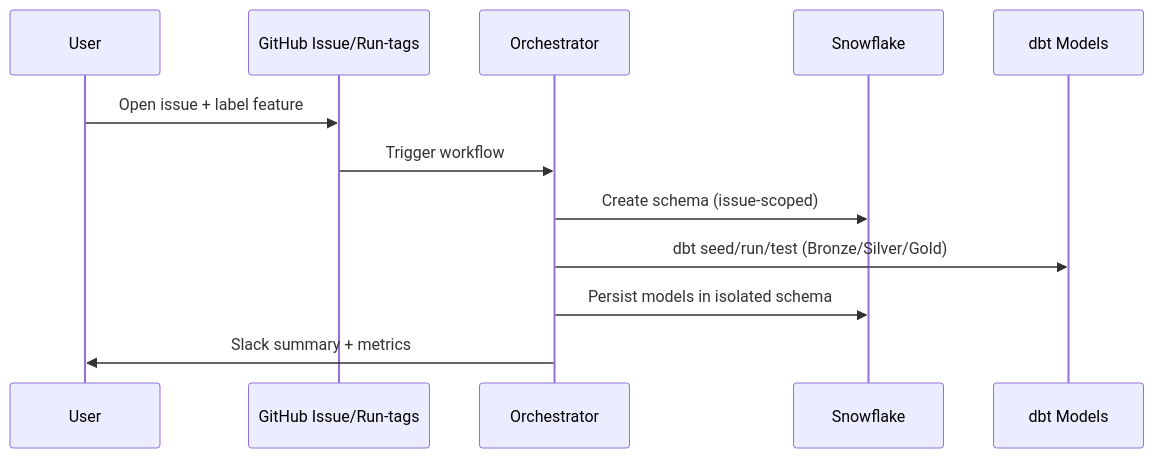
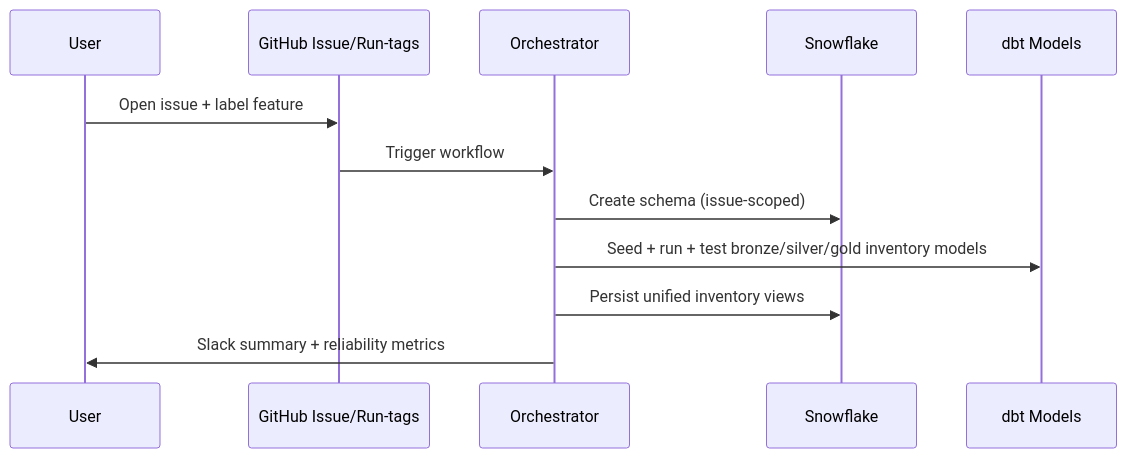
The second of 2 diagrams in README.md (org-runink/DataOps_Lab), drawn with Mermaid before and after one commit. The commit also changed other lines of this file and 5 other files, not shown here.

````diff
--- a/README.md
+++ b/README.md
@@ -32,15 +61,15 @@
 ```mermaid
 sequenceDiagram
     participant User
     participant GitHub as GitHub Issue/Run-tags
     participant Orchestrator
     participant Snowflake
     participant dbt as dbt Models
 
     User->>GitHub: Open issue + label feature
     GitHub->>Orchestrator: Trigger workflow
     Orchestrator->>Snowflake: Create schema (issue-scoped)
-    Orchestrator->>dbt: dbt seed/run/test (Bronze/Silver/Gold)
-    Orchestrator->>Snowflake: Persist models in isolated schema
-    Orchestrator->>User: Slack summary + metrics
+    Orchestrator->>dbt: Seed + run + test bronze/silver/gold inventory models
+    Orchestrator->>Snowflake: Persist unified inventory views
+    Orchestrator->>User: Slack summary + reliability metrics
 ```
````
